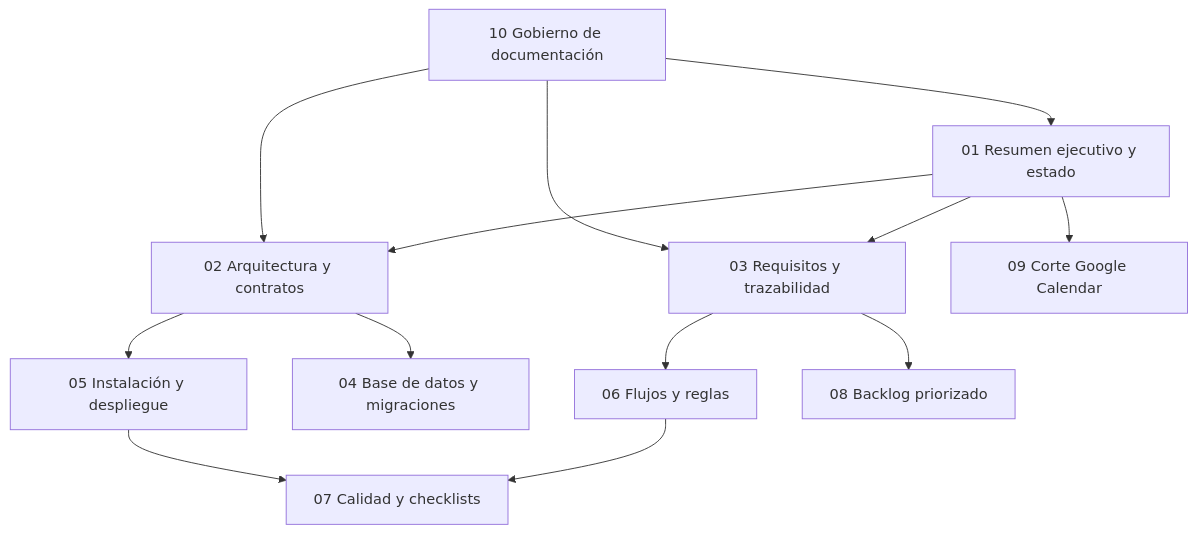
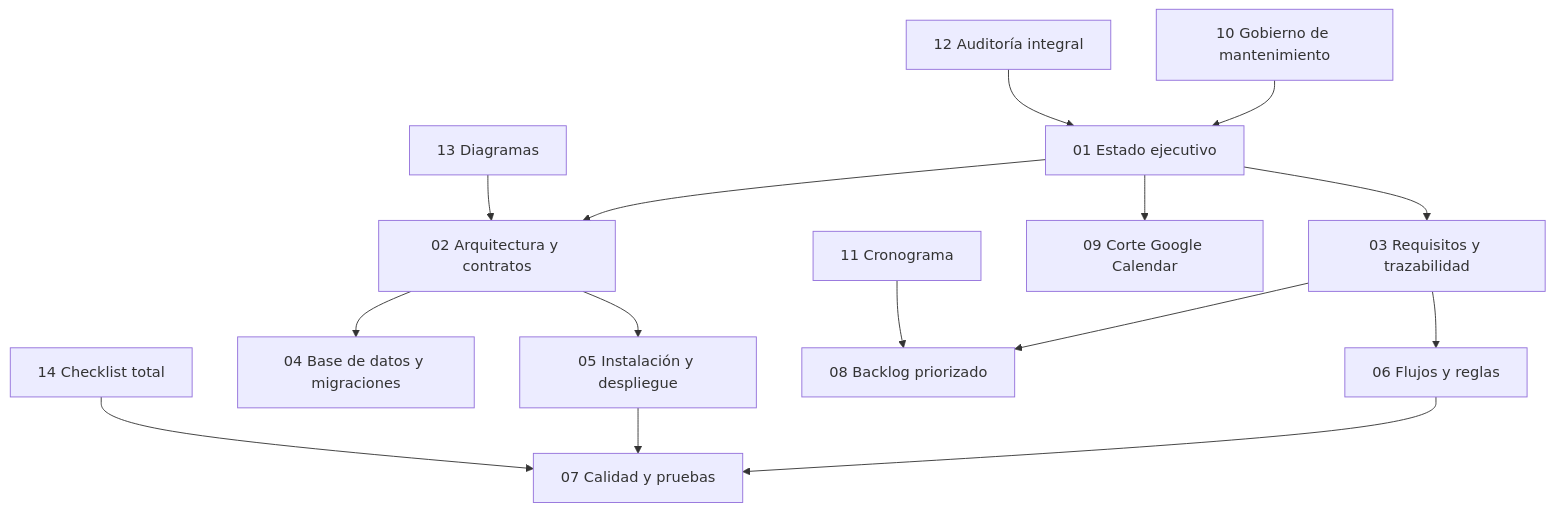
The diagram in docs/Propuesta nueva/00-indice-y-gobierno-documental.md (Nicolas-Montana-Baeza/Poli-REDI), drawn with Mermaid before and after one commit. The commit also changed other lines of this file and 11 other files, not shown here.

First line of the commit message:
tag:Last stable docs legado Add checklist for total closure and document review act for project governance

````diff
--- a/docs/Propuesta nueva/00-indice-y-gobierno-documental.md
+++ b/docs/Propuesta nueva/00-indice-y-gobierno-documental.md
@@ -37,15 +52,17 @@
 ```mermaid
 flowchart TD
-    A[01 Resumen ejecutivo y estado] --> B[02 Arquitectura y contratos]
+    A[01 Estado ejecutivo] --> B[02 Arquitectura y contratos]
     A --> C[03 Requisitos y trazabilidad]
     C --> D[06 Flujos y reglas]
     B --> E[04 Base de datos y migraciones]
     B --> F[05 Instalación y despliegue]
     C --> G[08 Backlog priorizado]
-    D --> H[07 Calidad y checklists]
+    D --> H[07 Calidad y pruebas]
     F --> H
     A --> I[09 Corte Google Calendar]
-    J[10 Gobierno de documentación] --> A
-    J --> B
-    J --> C
+    J[10 Gobierno de mantenimiento] --> A
+    K[11 Cronograma] --> G
+    L[12 Auditoría integral] --> A
+    M[13 Diagramas] --> B
+    N[14 Checklist total] --> H
 ```
````
